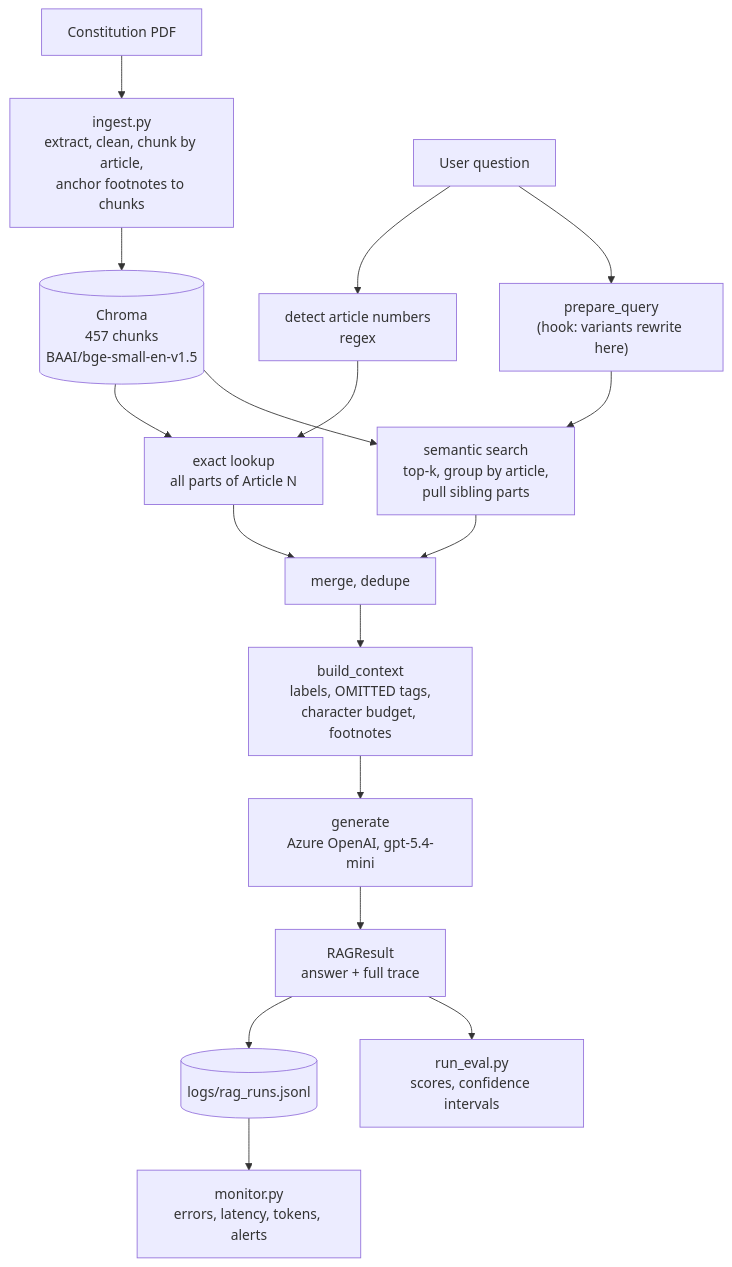
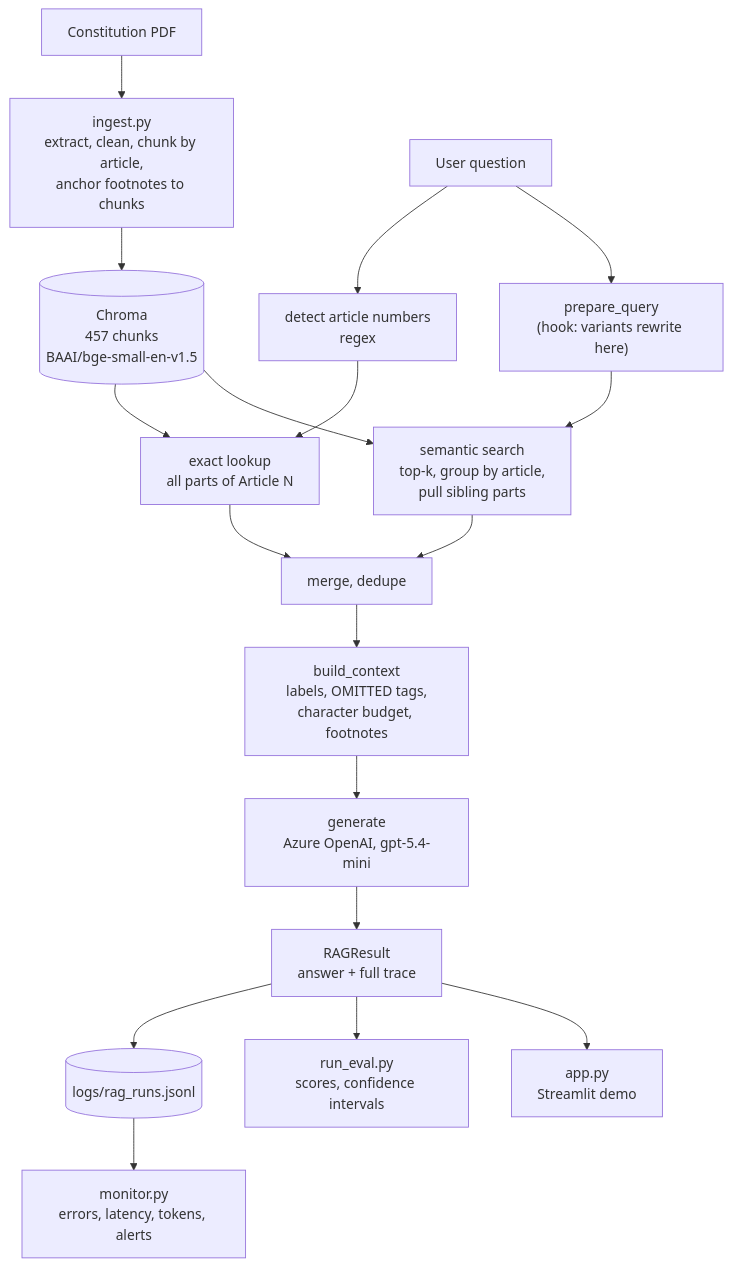
One commit to ZimranSohail/Law_bot changed the first of 2 diagrams in README.md. Above: the diagram before and after it, drawn with Mermaid. The commit also changed other lines of this file and 1 other file, not shown here.

````diff
--- a/README.md
+++ b/README.md
@@ -22,20 +30,21 @@
 ```mermaid
 flowchart TD
     PDF["Constitution PDF"] --> ING["ingest.py<br/>extract, clean, chunk by article,<br/>anchor footnotes to chunks"]
     ING --> DB[("Chroma<br/>457 chunks<br/>BAAI/bge-small-en-v1.5")]
 
     Q["User question"] --> DET["detect article numbers<br/>regex"]
     Q --> PREP["prepare_query<br/>(hook: variants rewrite here)"]
     DET --> EX["exact lookup<br/>all parts of Article N"]
     PREP --> SEM["semantic search<br/>top-k, group by article,<br/>pull sibling parts"]
     DB --> EX
     DB --> SEM
     EX --> MERGE["merge, dedupe"]
     SEM --> MERGE
     MERGE --> CTX["build_context<br/>labels, OMITTED tags,<br/>character budget, footnotes"]
     CTX --> GEN["generate<br/>Azure OpenAI, gpt-5.4-mini"]
     GEN --> OUT["RAGResult<br/>answer + full trace"]
     OUT --> LOG[("logs/rag_runs.jsonl")]
     LOG --> MON["monitor.py<br/>errors, latency, tokens, alerts"]
     OUT --> EVAL["run_eval.py<br/>scores, confidence intervals"]
+    OUT --> APP["app.py<br/>Streamlit demo"]
 ```
````
